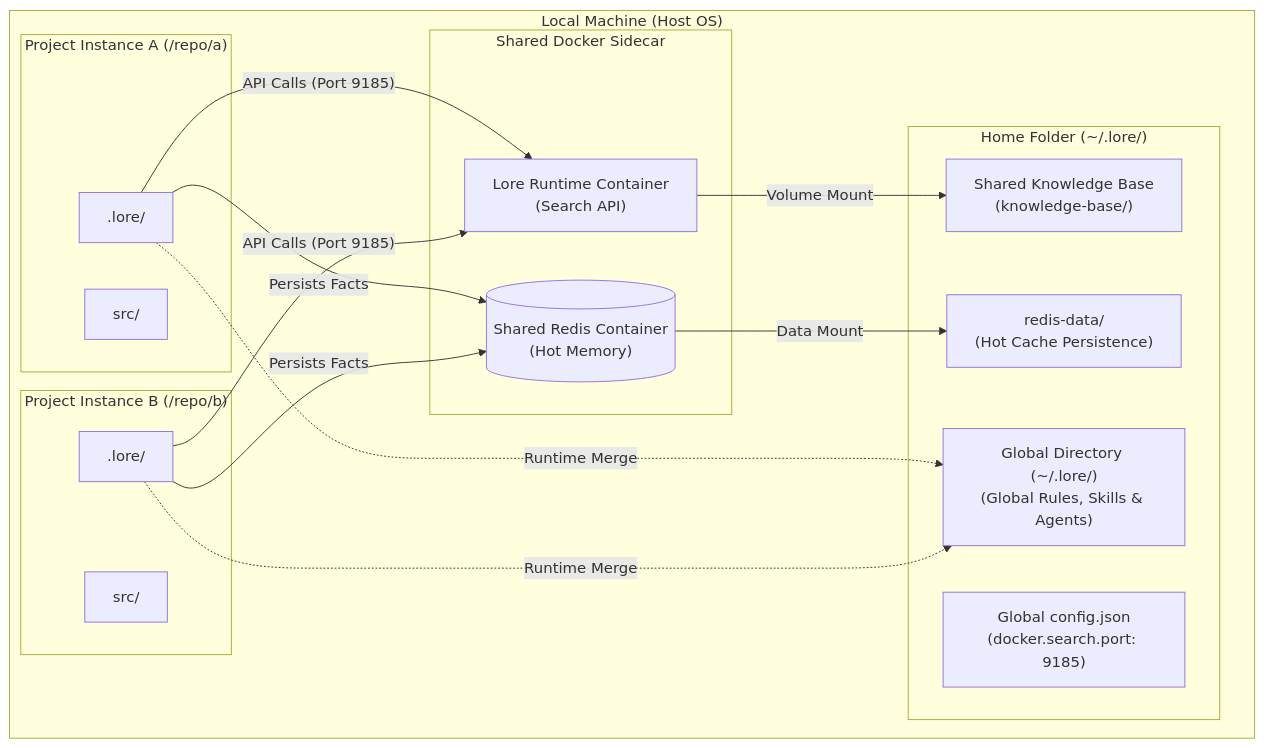
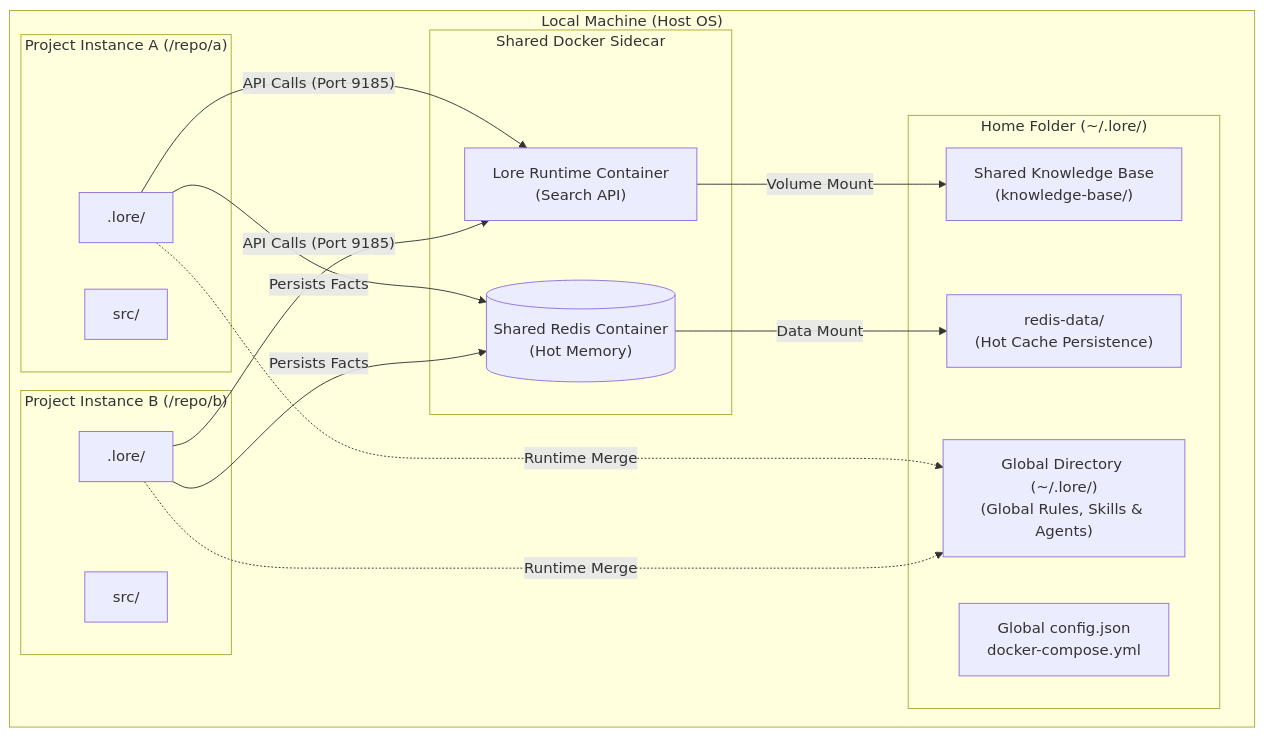
Before and after one commit to lorehq/lore-docs: the diagram in src/content/explanation/topology.md, drawn with Mermaid. The commit also changed other lines of this file and 10 other files, not shown here.

````diff
--- a/src/content/explanation/topology.md
+++ b/src/content/explanation/topology.md
@@ -11,47 +11,47 @@
 ```mermaid
 graph TD
     subgraph "Local Machine (Host OS)"
         subgraph "Home Folder (~/.lore/)"
             GlobalDir["Global Directory (~/.lore/)
 (Global Rules, Skills & Agents)"]
             SharedKB["Shared Knowledge Base
 (knowledge-base/)"]
             GlobalConfig["Global config.json
-(docker.search.port: 9185)"]
+docker-compose.yml"]
             RedisData["redis-data/
 (Hot Cache Persistence)"]
         end
 
         subgraph "Project Instance A (/repo/a)"
             PA[".lore/"]
             SA["src/"]
         end
 
         subgraph "Project Instance B (/repo/b)"
             PB[".lore/"]
             SB["src/"]
         end
 
         subgraph "Shared Docker Sidecar"
             Runtime["Lore Runtime Container
 (Search API)"]
             Redis[("Shared Redis Container
 (Hot Memory)")]
         end
     end
 
     %% Connection to Shared Services
     PA --> |"API Calls (Port 9185)"| Runtime
     PB --> |"API Calls (Port 9185)"| Runtime
     
     PA --> |"Persists Facts"| Redis
     PB --> |"Persists Facts"| Redis
 
     %% Data Sourcing
     Runtime --> |"Volume Mount"| SharedKB
     Redis --> |"Data Mount"| RedisData
     
     %% Merge Logic
     PA -.-> |"Runtime Merge"| GlobalDir
     PB -.-> |"Runtime Merge"| GlobalDir
 ```
````
